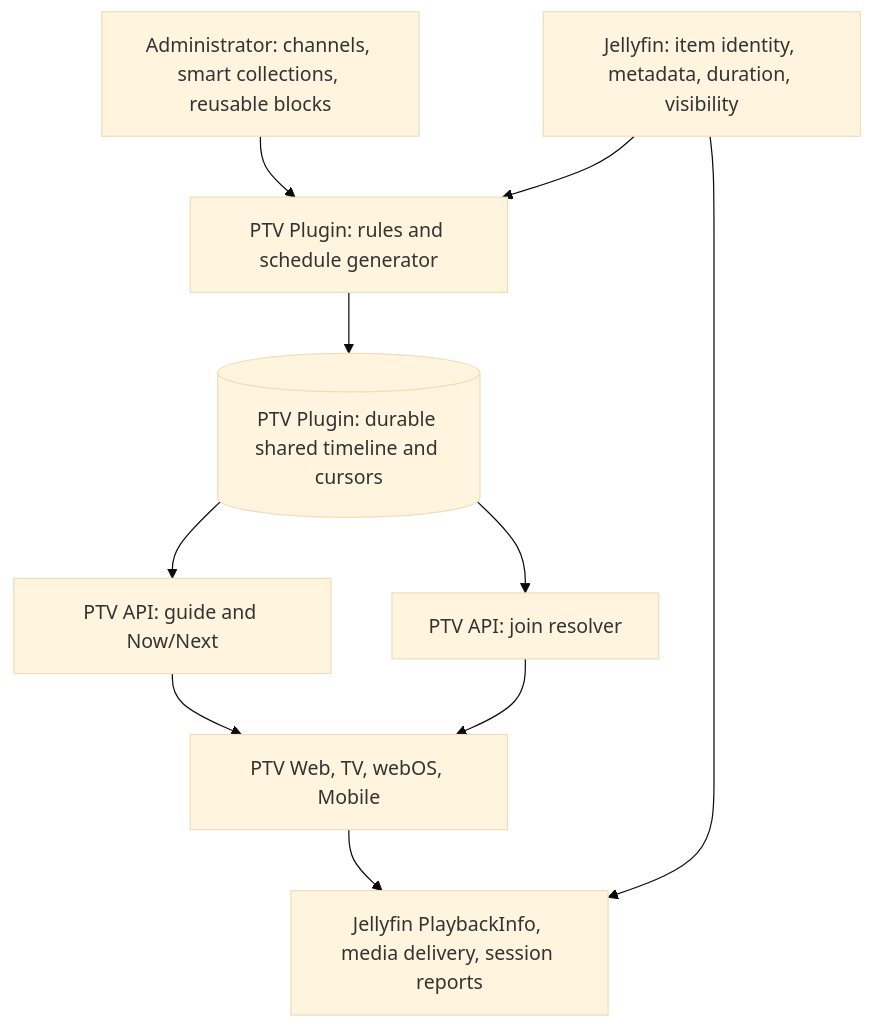
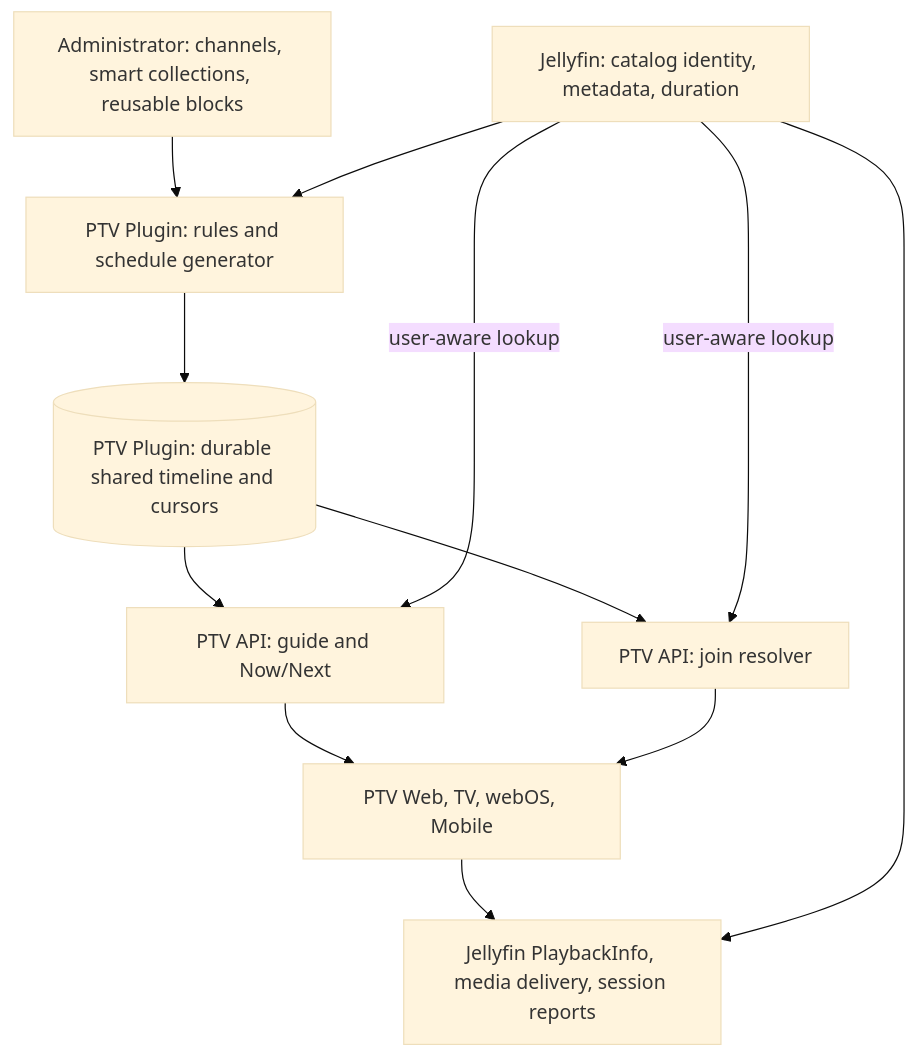
The diagram in docs/architecture/PTV_CHANNELS_RFC_V1.md (Piglit09/PiggieTV-Jellyfin-web-app), drawn with Mermaid (base theme) before and after one commit. The commit also changed other lines of this file and 1 other file, not shown here.

Commit message:
docs: complete PTV Channels architecture RFC v1

````diff
--- a/docs/architecture/PTV_CHANNELS_RFC_V1.md
+++ b/docs/architecture/PTV_CHANNELS_RFC_V1.md
@@ -33,12 +33,14 @@
 ```mermaid
 flowchart TD
     A[Administrator: channels, smart collections, reusable blocks] --> P[PTV Plugin: rules and schedule generator]
-    J[Jellyfin: item identity, metadata, duration, visibility] --> P
+    J[Jellyfin: catalog identity, metadata, duration] --> P
     P --> T[(PTV Plugin: durable shared timeline and cursors)]
     T --> G[PTV API: guide and Now/Next]
     T --> R[PTV API: join resolver]
+    J -->|user-aware lookup| G
+    J -->|user-aware lookup| R
     G --> C[PTV Web, TV, webOS, Mobile]
     R --> C
     C --> B[Jellyfin PlaybackInfo, media delivery, session reports]
     J --> B
 ```
````
